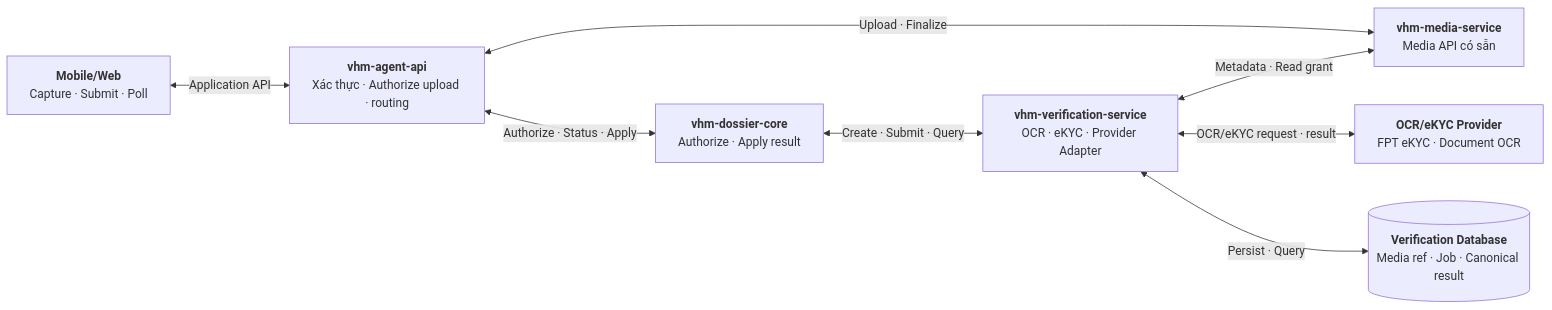
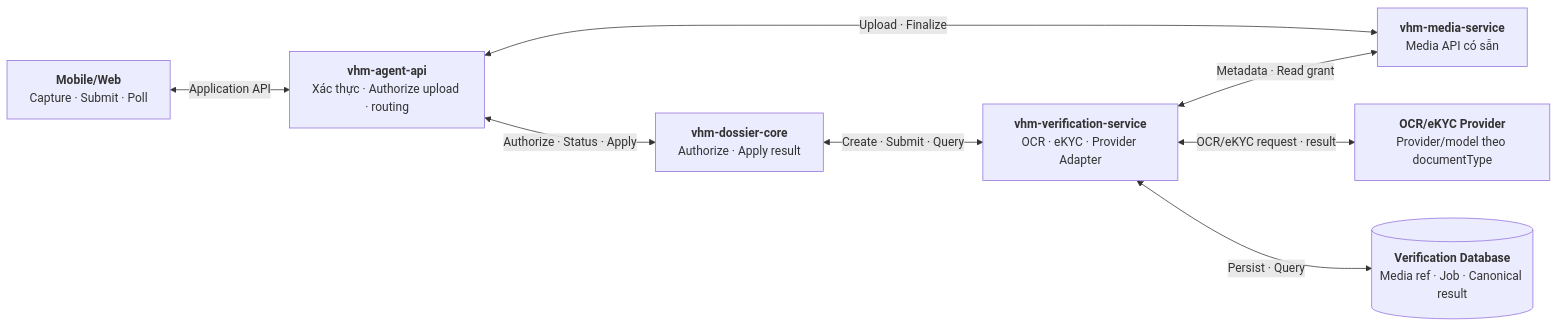
Before and after one commit to huynv-xyz/vhm: the first of 7 diagrams in noxh.md, drawn with Mermaid. The commit also changed other lines of this file, not shown here.

````diff
--- a/noxh.md
+++ b/noxh.md
@@ -75,25 +75,25 @@
 ```mermaid
 flowchart LR
     CLIENT["`**Mobile/Web**
 Capture · Submit · Poll`"]
     BFF["`**vhm-agent-api**
 Xác thực · Authorize upload · routing`"]
     DOSSIER["`**vhm-dossier-core**
 Authorize · Apply result`"]
     MEDIA_SERVICE["`**vhm-media-service**
 Media API có sẵn`"]
     VERIFY["`**vhm-verification-service**
 OCR · eKYC · Provider Adapter`"]
     PROVIDER["`**OCR/eKYC Provider**
-FPT eKYC · Document OCR`"]
+Provider/model theo documentType`"]
     DB[("`**Verification Database**
 Media ref · Job · Canonical result`")]
 
     CLIENT <-->|"Application API"| BFF
     BFF <-->|"Authorize · Status · Apply"| DOSSIER
     BFF <-->|"Upload · Finalize"| MEDIA_SERVICE
     DOSSIER <-->|"Create · Submit · Query"| VERIFY
     VERIFY <-->|"Metadata · Read grant"| MEDIA_SERVICE
     VERIFY <-->|"OCR/eKYC request · result"| PROVIDER
     VERIFY <-->|"Persist · Query"| DB
 ```
````
